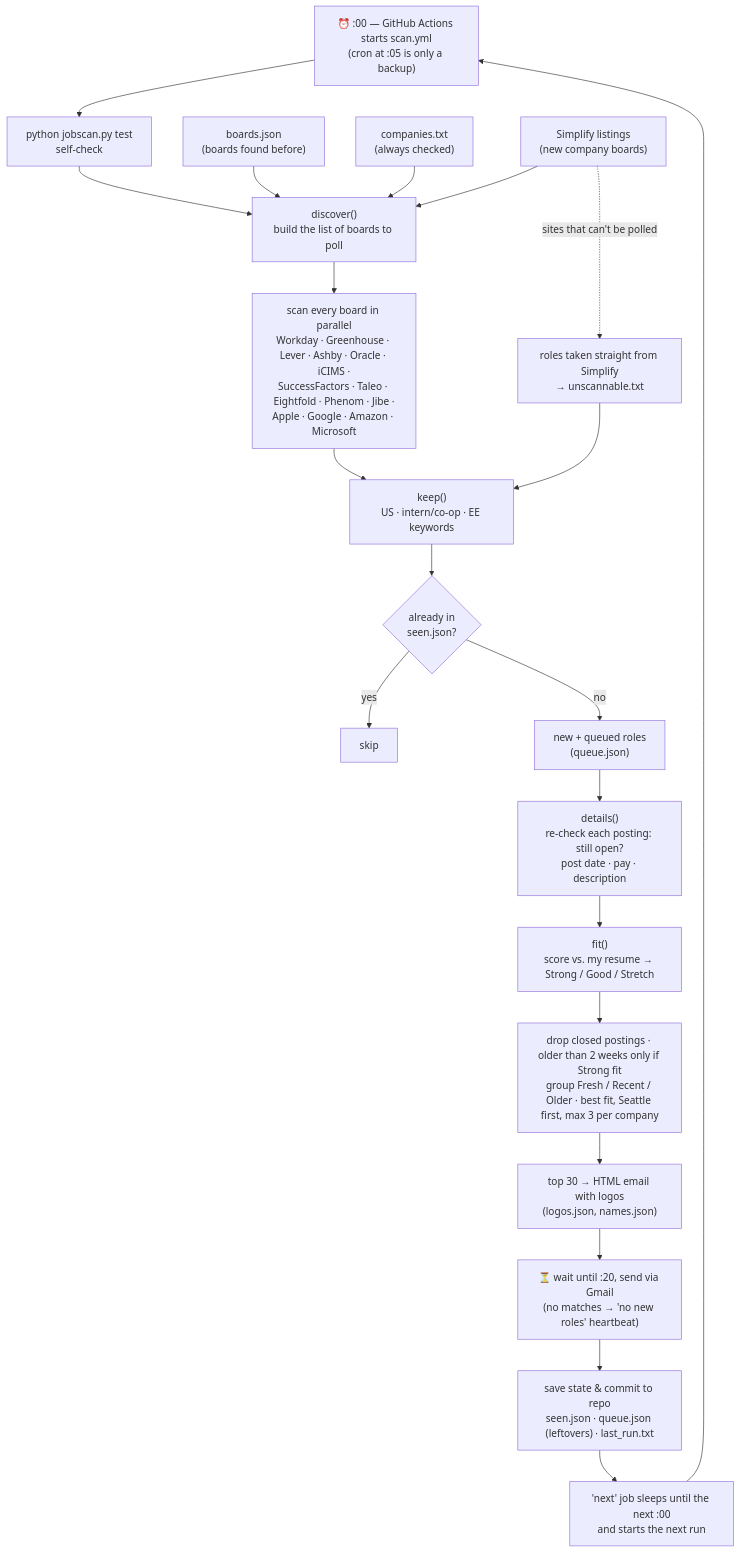
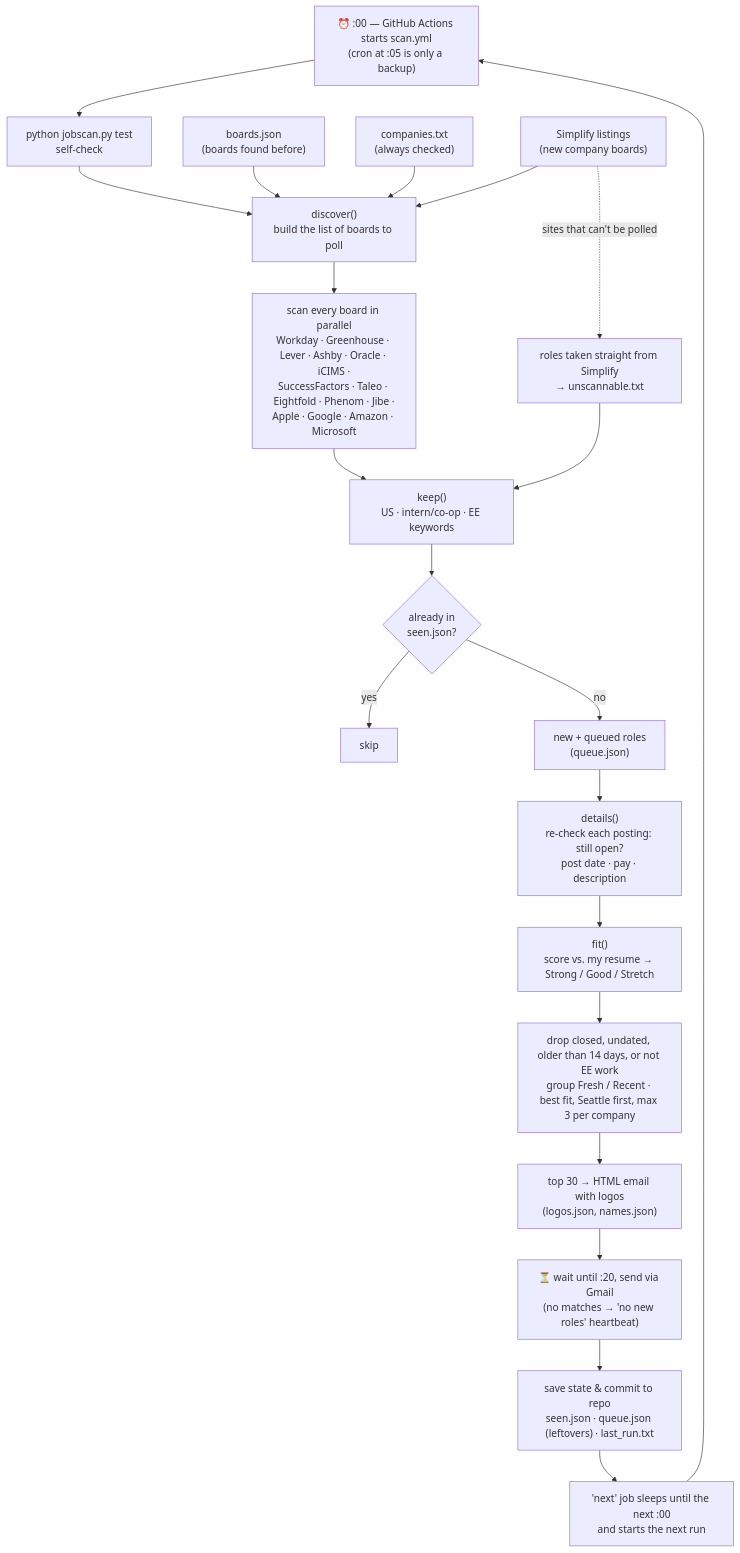
Before and after one commit to hshaoob/ee-jobscanner: the diagram in README.md, drawn with Mermaid. The commit also changed other lines of this file and 2 other files, not shown here.

Commit message:
Only send EE roles posted in the last 14 days with a real post date
Drop the 'Older, strong fit' section and the first-seen 'Just posted' guess,
add post dates for Oracle, SmartRecruiters, SuccessFactors, BambooHR, Rippling
and Apple, and reject manufacturing/quality/process-type titles unless the
title itself is EE; generic titles need EE in the posting's description.

````diff
--- a/README.md
+++ b/README.md
@@ -8,27 +8,27 @@
 ```mermaid
 flowchart TD
     A["⏰ :00 — GitHub Actions starts scan.yml<br/>(cron at :05 is only a backup)"] --> B["python jobscan.py test<br/>self-check"]
     B --> C["discover()<br/>build the list of boards to poll"]
 
     C1["boards.json<br/>(boards found before)"] --> C
     C2["companies.txt<br/>(always checked)"] --> C
     C3["Simplify listings<br/>(new company boards)"] --> C
     C3 -. "sites that can't be polled" .-> F1["roles taken straight from Simplify<br/>→ unscannable.txt"]
 
     C --> D["scan every board in parallel<br/>Workday · Greenhouse · Lever · Ashby · Oracle · iCIMS ·<br/>SuccessFactors · Taleo · Eightfold · Phenom · Jibe ·<br/>Apple · Google · Amazon · Microsoft"]
     D --> E["keep()<br/>US · intern/co-op · EE keywords"]
     F1 --> E
     E --> G{"already in<br/>seen.json?"}
     G -- yes --> X["skip"]
     G -- no --> H["new + queued roles<br/>(queue.json)"]
 
     H --> I["details()<br/>re-check each posting: still open?<br/>post date · pay · description"]
     I --> J["fit()<br/>score vs. my resume → Strong / Good / Stretch"]
-    J --> K["drop closed postings · older than 2 weeks only if Strong fit<br/>group Fresh / Recent / Older · best fit, Seattle first, max 3 per company"]
+    J --> K["drop closed, undated, older than 14 days, or not EE work<br/>group Fresh / Recent · best fit, Seattle first, max 3 per company"]
     K --> L["top 30 → HTML email with logos<br/>(logos.json, names.json)"]
     L --> M["⏳ wait until :20, send via Gmail<br/>(no matches → 'no new roles' heartbeat)"]
 
     M --> N["save state & commit to repo<br/>seen.json · queue.json (leftovers) · last_run.txt"]
     N --> O["'next' job sleeps until the next :00<br/>and starts the next run"]
     O --> A
 ```
````
